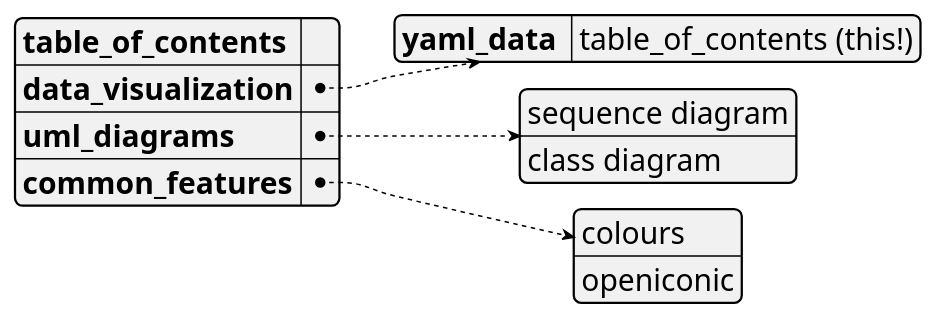
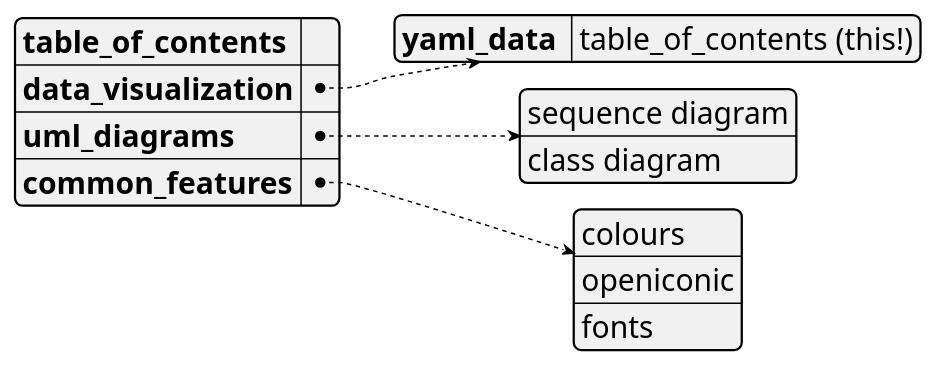
The first of 12 diagrams in plantuml_demo.md (dragondive/plantuml_demo), drawn with PlantUML before and after one commit. The commit also changed other lines of this file, not shown here.

Commit message:
added demo: fonts

````diff
--- a/plantuml_demo.md
+++ b/plantuml_demo.md
@@ -19,23 +19,24 @@
 ```plantuml
 @startyaml
 
 <style>
 yamlDiagram {
   node {
 	FontName Consolas
 	FontSize 20
   }
 }
 </style>
 
 **table_of_contents**:  " " /' workaround: space here to avoid dummy link '/
 data_visualization:
   yaml_data : table_of_contents (this!)
 uml_diagrams:
   - sequence diagram
   - class diagram
 common_features:
   - colours
   - openiconic
+  - fonts
 @endyaml
 ```
````
